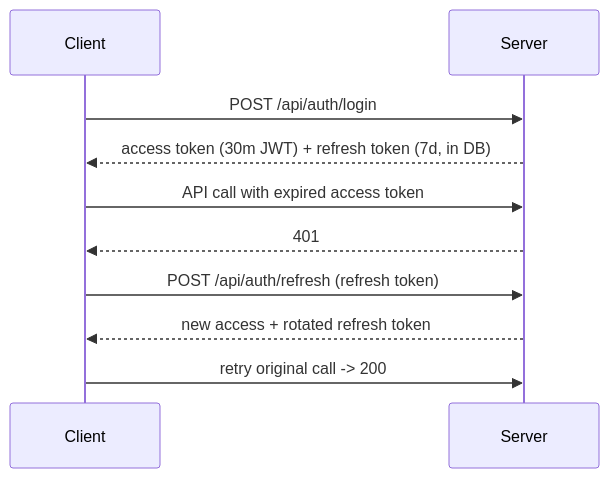
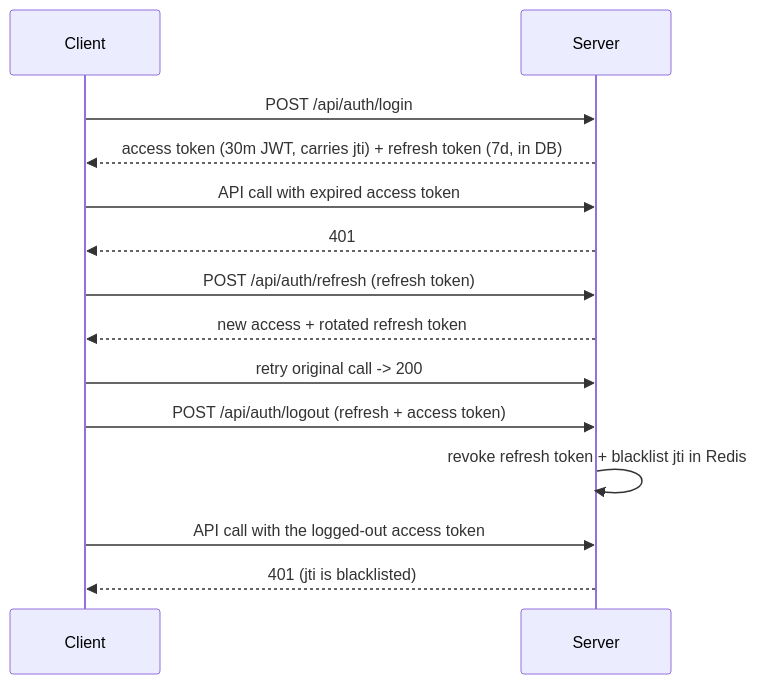
The fourth of 4 diagrams in README.md (StonerSensei/realtime-editor), drawn with Mermaid before and after one commit. The commit also changed other lines of this file and 1 other file, not shown here.

````diff
--- a/README.md
+++ b/README.md
@@ -122,12 +126,16 @@
 ```mermaid
 sequenceDiagram
     participant C as Client
     participant S as Server
     C->>S: POST /api/auth/login
-    S-->>C: access token (30m JWT) + refresh token (7d, in DB)
+    S-->>C: access token (30m JWT, carries jti) + refresh token (7d, in DB)
     C->>S: API call with expired access token
     S-->>C: 401
     C->>S: POST /api/auth/refresh (refresh token)
     S-->>C: new access + rotated refresh token
     C->>S: retry original call -> 200
+    C->>S: POST /api/auth/logout (refresh + access token)
+    S->>S: revoke refresh token + blacklist jti in Redis
+    C->>S: API call with the logged-out access token
+    S-->>C: 401 (jti is blacklisted)
 ```
````
